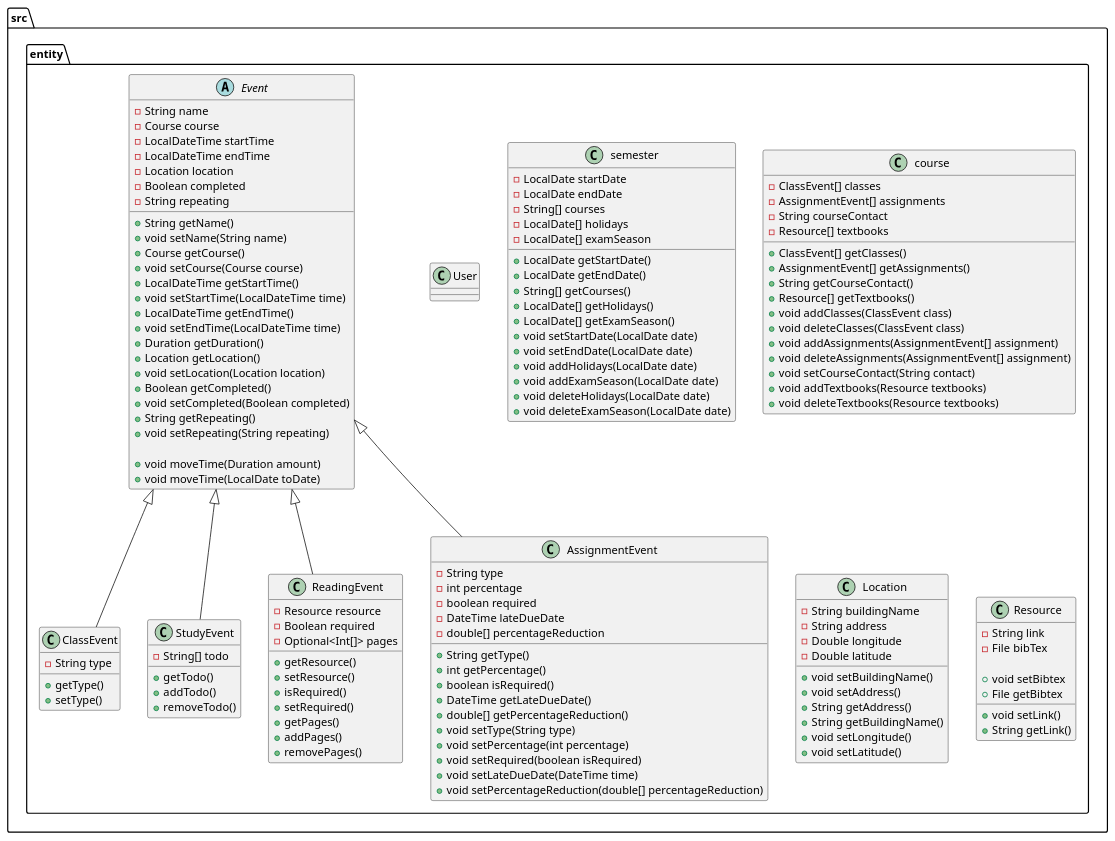
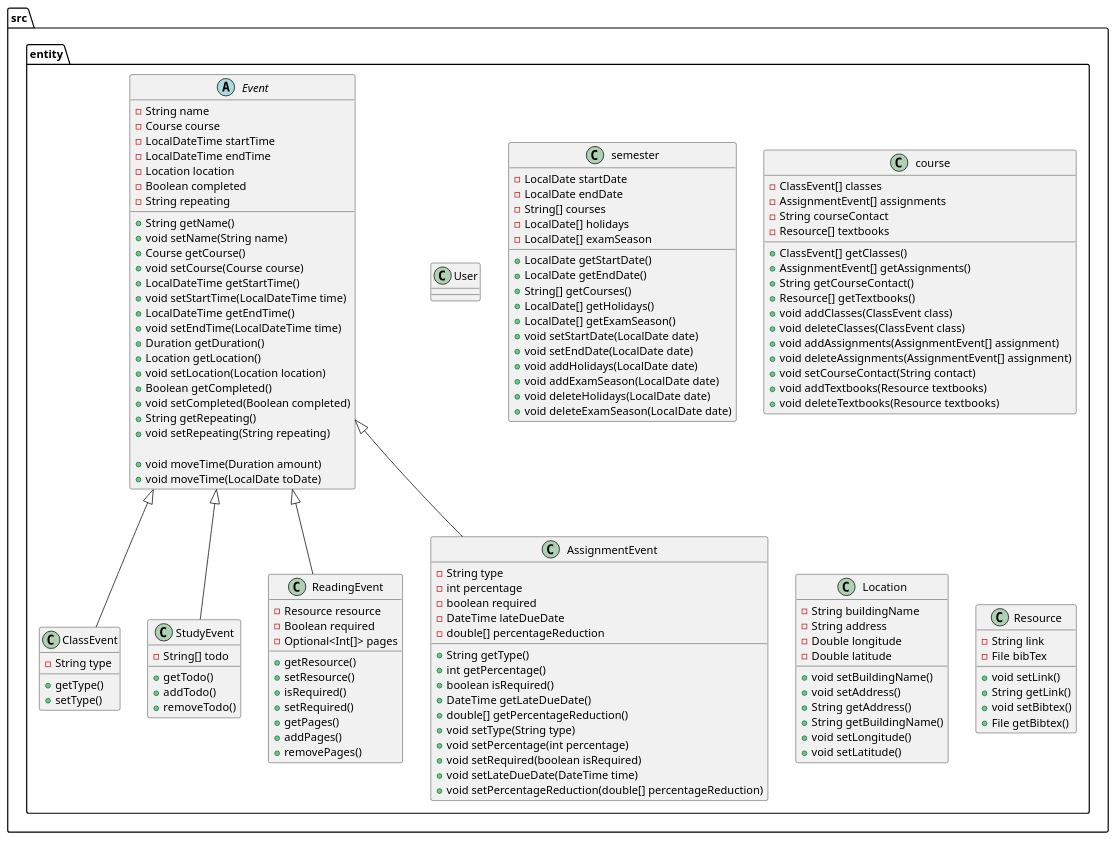
The diagram in DESIGN.puml (Rafiah-n/AcademiCal), drawn with PlantUML before and after one commit. The commit also changed 2 other files, not shown here.

```diff
--- a/DESIGN.puml
+++ b/DESIGN.puml
@@ -1,159 +1,159 @@
 @startuml
 
 folder src {
 
     folder entity {
 
         abstract Event {
             - String name
             - Course course
             - LocalDateTime startTime
             - LocalDateTime endTime
             - Location location
             - Boolean completed
             - String repeating  /' weekly, monthly, daily, biweekly... '/
                                 /' could probably use a better type than String '/
 
             + String getName()
             + void setName(String name)
             + Course getCourse()
             + void setCourse(Course course)
             + LocalDateTime getStartTime()
             + void setStartTime(LocalDateTime time)
             + LocalDateTime getEndTime()
             + void setEndTime(LocalDateTime time)
             + Duration getDuration()
             + Location getLocation()
             + void setLocation(Location location)
             + Boolean getCompleted()
             + void setCompleted(Boolean completed)
             + String getRepeating()
             + void setRepeating(String repeating)
 
             ' Moves start and end times in unison
             + void moveTime(Duration amount)  /' Negative duration values move backwards '/
             + void moveTime(LocalDate toDate)
         }
 
         class ClassEvent extends Event {
             - String type
 
             + getType()
             + setType()
         }
 
         class StudyEvent extends Event {
             - String[] todo
 
             + getTodo()
             + addTodo()
             + removeTodo()
         }
 
         class ReadingEvent extends Event {
             - Resource resource
             - Boolean required
             - Optional<Int[]> pages
 
             + getResource()
             + setResource()
             + isRequired()
             + setRequired()
             + getPages()
             + addPages()
             + removePages()
         }
 
         class AssignmentEvent extends Event {
             - String type
             - int percentage
             - boolean required
             - DateTime lateDueDate
             - double[] percentageReduction
 
 
             + String getType()
             + int getPercentage()
             + boolean isRequired()
             + DateTime getLateDueDate()
             + double[] getPercentageReduction()
             + void setType(String type)
             + void setPercentage(int percentage)
             + void setRequired(boolean isRequired)
             + void setLateDueDate(DateTime time)
             + void setPercentageReduction(double[] percentageReduction)
         }
 
         class User {
             ' Unimplemented for now
         }
 
         class semester{
             - LocalDate startDate
             - LocalDate endDate
             - String[] courses
             - LocalDate[] holidays
             - LocalDate[] examSeason
 
             + LocalDate getStartDate()
             + LocalDate getEndDate()
             + String[] getCourses()
             + LocalDate[] getHolidays()
             + LocalDate[] getExamSeason()
             + void setStartDate(LocalDate date)
             + void setEndDate(LocalDate date)
             + void addHolidays(LocalDate date)
             + void addExamSeason(LocalDate date)
             + void deleteHolidays(LocalDate date)
             + void deleteExamSeason(LocalDate date)
         }
 
         class course {
             - ClassEvent[] classes
             - AssignmentEvent[] assignments
             - String courseContact
             - Resource[] textbooks
 
             + ClassEvent[] getClasses()
             + AssignmentEvent[] getAssignments()
             + String getCourseContact()
             + Resource[] getTextbooks()
             + void addClasses(ClassEvent class)
             + void deleteClasses(ClassEvent class)
             + void addAssignments(AssignmentEvent[] assignment)
             + void deleteAssignments(AssignmentEvent[] assignment)
             + void setCourseContact(String contact)
             + void addTextbooks(Resource textbooks)
             + void deleteTextbooks(Resource textbooks)
         }
 
         class Location{
             - String buildingName
             - String address
             - Double longitude
             - Double latitude
 
             + void setBuildingName()
             + void setAddress()
             + String getAddress()
             + String getBuildingName()
             + void setLongitude()
             + void setLatitude()
         }
 
         class Resource{
             - String link
             - File bibTex
 
             + void setLink()
             + String getLink()
-            + void setBibtex
-            + File getBibtex
+            + void setBibtex()
+            + File getBibtex()
         }
 
     }  /' folder entity '/
 
 
 }  /' folder src '/
 
 @enduml
```
